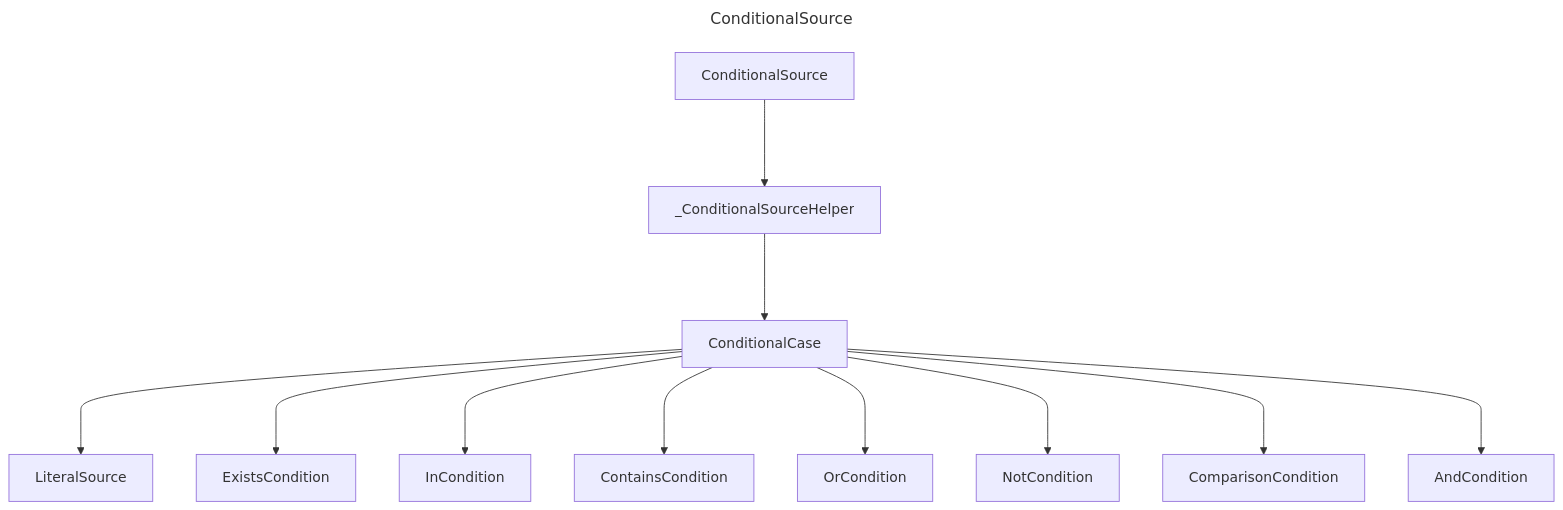
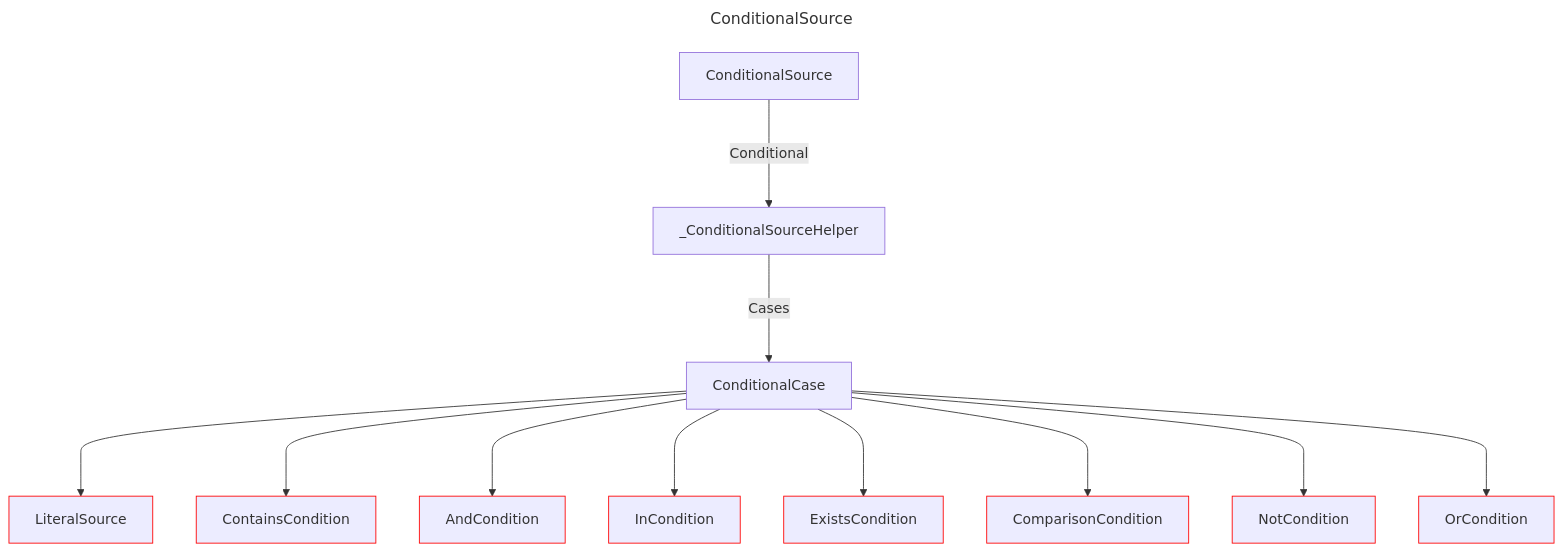
The diagram in docs/docs/layout/erd/ConditionalSource.md (douglassimonsen/pbi_core), drawn with Mermaid before and after one commit. The commit also changed 77 other files, not shown here.

Commit message:
Updated to color code the layout ERD

````diff
--- a/docs/docs/layout/erd/ConditionalSource.md
+++ b/docs/docs/layout/erd/ConditionalSource.md
@@ -1,27 +1,35 @@
 ```mermaid
 ---
 title: ConditionalSource
 ---
 graph 
-2721641856896["ConditionalCase"]
-2721641843232["AndCondition"]
-2721642095040["ComparisonCondition"]
-2721641866656["_ConditionalSourceHelper"]
-2721642083328["InCondition"]
-2721642022816["LiteralSource"]
-2721641850064["ExistsCondition"]
-2721642084304["NotCondition"]
-2721642068688["ContainsCondition"]
-2721641862752["ConditionalSource"]
-2721641844208["OrCondition"]
-2721641866656 ---> 2721641856896
-2721641856896 ---> 2721642022816
-2721641856896 ---> 2721641850064
-2721641856896 ---> 2721642083328
-2721641862752 ---> 2721641866656
-2721641856896 ---> 2721642068688
-2721641856896 ---> 2721641844208
-2721641856896 ---> 2721642084304
-2721641856896 ---> 2721642095040
-2721641856896 ---> 2721641843232
+2430071900720["ConditionalCase"]
+2430071874368["ComparisonCondition"]
+style 2430071874368 stroke:#ff0000,stroke-width:1px
+2430071903648["ConditionalSource"]
+2430071846064["ContainsCondition"]
+style 2430071846064 stroke:#ff0000,stroke-width:1px
+2430071879248["OrCondition"]
+style 2430071879248 stroke:#ff0000,stroke-width:1px
+2430071816784["LiteralSource"]
+style 2430071816784 stroke:#ff0000,stroke-width:1px
+2430071880224["NotCondition"]
+style 2430071880224 stroke:#ff0000,stroke-width:1px
+2430071878272["ExistsCondition"]
+style 2430071878272 stroke:#ff0000,stroke-width:1px
+2430071893888["_ConditionalSourceHelper"]
+2430071854848["InCondition"]
+style 2430071854848 stroke:#ff0000,stroke-width:1px
+2430071876320["AndCondition"]
+style 2430071876320 stroke:#ff0000,stroke-width:1px
+2430071900720 ---> 2430071816784
+2430071900720 ---> 2430071846064
+2430071900720 ---> 2430071876320
+2430071900720 ---> 2430071854848
+2430071900720 ---> 2430071878272
+2430071900720 ---> 2430071874368
+2430071900720 ---> 2430071880224
+2430071893888 --->|Cases| 2430071900720
+2430071903648 --->|Conditional| 2430071893888
+2430071900720 ---> 2430071879248
 ```
````
